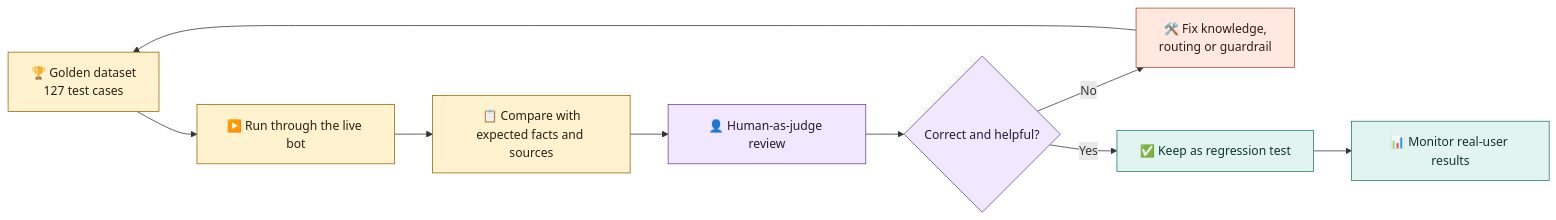
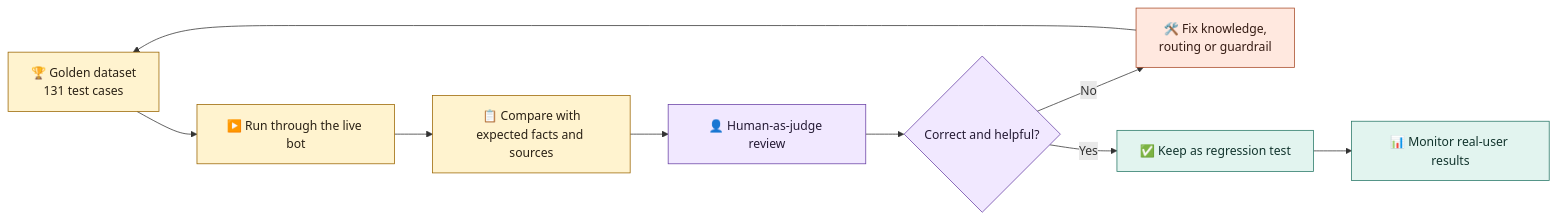
The second of 2 diagrams in README.md (robona-pk/portfolio), drawn with Mermaid before and after one commit. The commit also changed other lines of this file and 11 other files, not shown here.

````diff
--- a/README.md
+++ b/README.md
@@ -184,21 +190,21 @@
 ```mermaid
 flowchart LR
-    A["🏆 Golden dataset<br/>127 test cases"] --> B["▶️ Run through the live bot"]
+    A["🏆 Golden dataset<br/>131 test cases"] --> B["▶️ Run through the live bot"]
     B --> C["📋 Compare with<br/>expected facts and sources"]
     C --> D["👤 Human-as-judge review"]
     D --> E{"Correct and helpful?"}
     E -- "No" --> F["🛠️ Fix knowledge,<br/>routing or guardrail"]
     F --> A
     E -- "Yes" --> G["✅ Keep as regression test"]
     G --> H["📊 Monitor real-user results"]
 
     classDef test fill:#fff3cf,stroke:#9a6500,color:#2a2115;
     classDef review fill:#f1e8ff,stroke:#6941a5,color:#251b35;
     classDef improve fill:#ffe8df,stroke:#a84a28,color:#351b13;
     classDef pass fill:#e2f4ef,stroke:#277766,color:#12342d;
 
     class A,B,C test;
     class D,E review;
     class F improve;
     class G,H pass;
 ```
````
